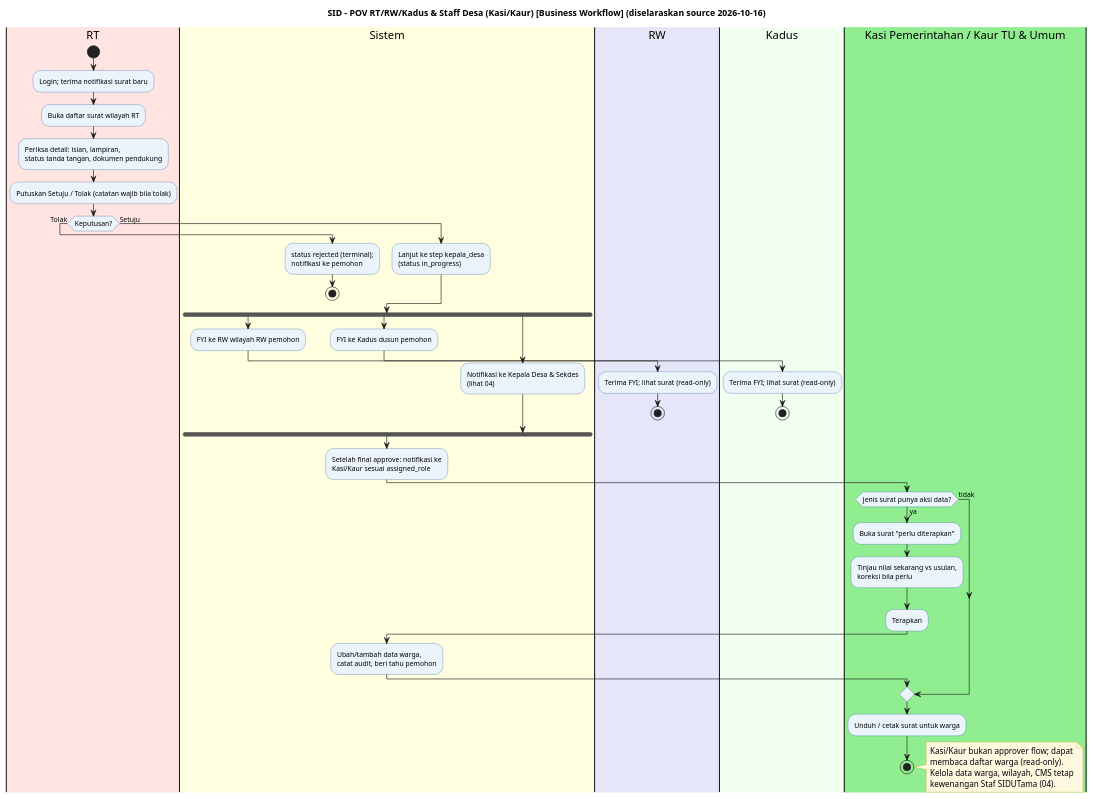
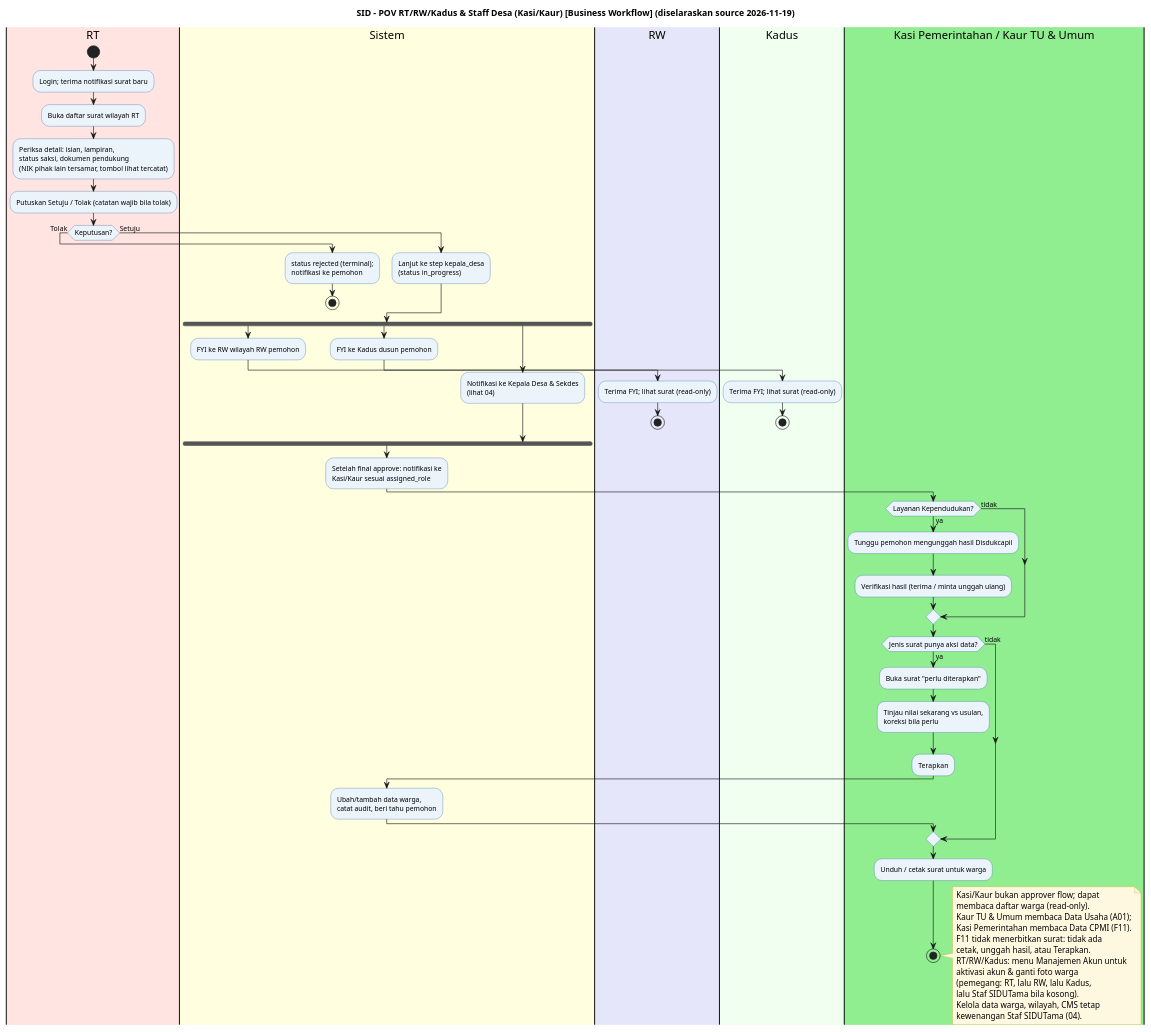
One commit to Vextronode/sid-app changed the diagram in docs/bussines_workflow/03_SID_POV_RTRW_StaffDesa.puml. Above: the diagram before and after it, drawn with PlantUML. The commit also changed 76 other files, not shown here.

```diff
--- a/docs/bussines_workflow/03_SID_POV_RTRW_StaffDesa.puml
+++ b/docs/bussines_workflow/03_SID_POV_RTRW_StaffDesa.puml
@@ -1,70 +1,83 @@
 @startuml
-title SID - POV RT/RW/Kadus & Staff Desa (Kasi/Kaur) [Business Workflow] (diselaraskan source 2026-10-16)
+title SID - POV RT/RW/Kadus & Staff Desa (Kasi/Kaur) [Business Workflow] (diselaraskan source 2026-11-19)
 
 skinparam activity {
   BackgroundColor #EBF3FB
   BorderColor #2E5FA3
   FontName Arial
   FontSize 11
 }
 skinparam note {
   BackgroundColor #FFF8E1
   BorderColor #C0A000
 }
 
 |#MistyRose|RT|
 start
 :Login; terima notifikasi surat baru;
 :Buka daftar surat wilayah RT;
-:Periksa detail: isian, lampiran,\nstatus tanda tangan, dokumen pendukung;
+:Periksa detail: isian, lampiran,\nstatus saksi, dokumen pendukung\n(NIK pihak lain tersamar, tombol lihat tercatat);
 :Putuskan Setuju / Tolak (catatan wajib bila tolak);
 if (Keputusan?) then (Tolak)
   |#LightYellow|Sistem|
   :status rejected (terminal);\nnotifikasi ke pemohon;
   stop
 else (Setuju)
   |#LightYellow|Sistem|
   :Lanjut ke step kepala_desa\n(status in_progress);
 endif
 
 fork
   |#LightYellow|Sistem|
   :FYI ke RW wilayah RW pemohon;
   |#Lavender|RW|
   :Terima FYI; lihat surat (read-only);
   stop
 fork again
   |#LightYellow|Sistem|
   :FYI ke Kadus dusun pemohon;
   |#Honeydew|Kadus|
   :Terima FYI; lihat surat (read-only);
   stop
 fork again
   |#LightYellow|Sistem|
   :Notifikasi ke Kepala Desa & Sekdes\n(lihat 04);
 end fork
 
 |#LightYellow|Sistem|
 :Setelah final approve: notifikasi ke\nKasi/Kaur sesuai assigned_role;
 
 |#LightGreen|Kasi Pemerintahan / Kaur TU & Umum|
+if (Layanan Kependudukan?) then (ya)
+  :Tunggu pemohon mengunggah hasil Disdukcapil;
+  :Verifikasi hasil (terima / minta unggah ulang);
+else (tidak)
+endif
 if (Jenis surat punya aksi data?) then (ya)
   :Buka surat "perlu diterapkan";
   :Tinjau nilai sekarang vs usulan,\nkoreksi bila perlu;
   :Terapkan;
   |#LightYellow|Sistem|
   :Ubah/tambah data warga,\ncatat audit, beri tahu pemohon;
   |#LightGreen|Kasi Pemerintahan / Kaur TU & Umum|
 else (tidak)
 endif
 :Unduh / cetak surat untuk warga;
 stop
 
 note right
   Kasi/Kaur bukan approver flow; dapat
   membaca daftar warga (read-only).
+  Kaur TU & Umum membaca Data Usaha (A01);
+  Kasi Pemerintahan membaca Data CPMI (F11).
+  F11 tidak menerbitkan surat: tidak ada
+  cetak, unggah hasil, atau Terapkan.
+  RT/RW/Kadus: menu Manajemen Akun untuk
+  aktivasi akun & ganti foto warga
+  (pemegang: RT, lalu RW, lalu Kadus,
+  lalu Staf SIDUTama bila kosong).
   Kelola data warga, wilayah, CMS tetap
   kewenangan Staf SIDUTama (04).
 end note
 
 @enduml
```
